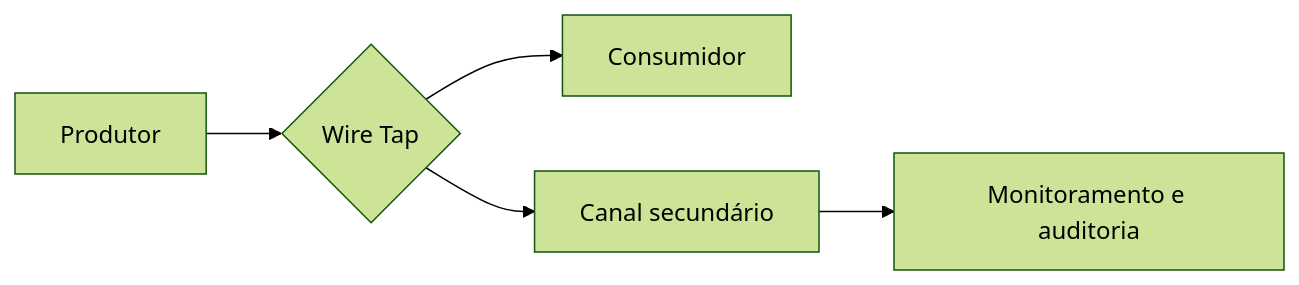
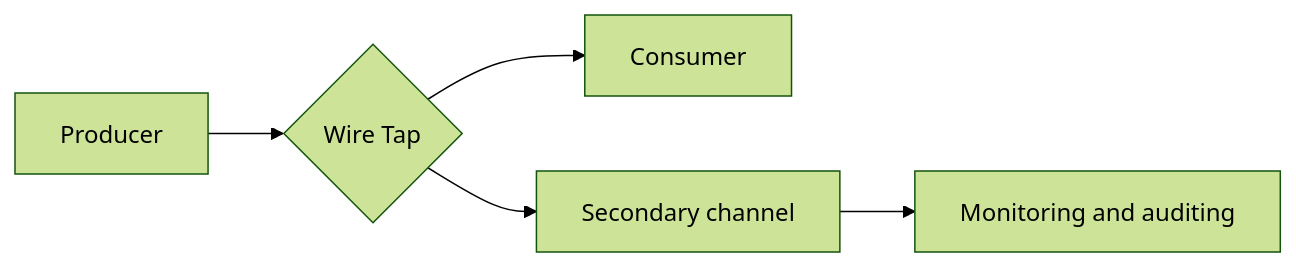
The diagram in docs/architecture/eip/system-management/wire-tap.md (alancesar/design-patterns), drawn with Mermaid (forest theme) before and after one commit. The commit also changed 258 other files, not shown here.

First line of the commit message:
Translate Mermaid diagrams to English

````diff
--- a/docs/architecture/eip/system-management/wire-tap.md
+++ b/docs/architecture/eip/system-management/wire-tap.md
@@ -51,7 +51,7 @@
 ```mermaid
 flowchart LR
-    P["Produtor"] --> W{"Wire Tap"}
-    W --> C["Consumidor"]
-    W --> S["Canal secundário"]
-    S --> M["Monitoramento e auditoria"]
+    P["Producer"] --> W{"Wire Tap"}
+    W --> C["Consumer"]
+    W --> S["Secondary channel"]
+    S --> M["Monitoring and auditing"]
 ```
````
